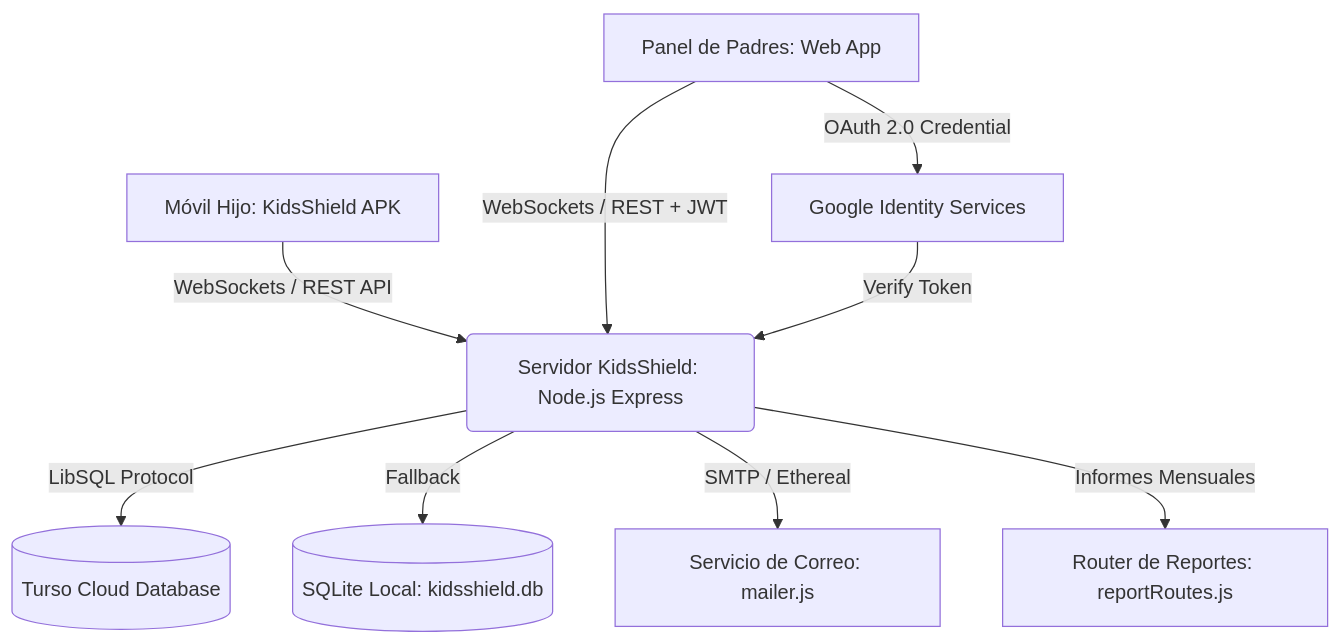
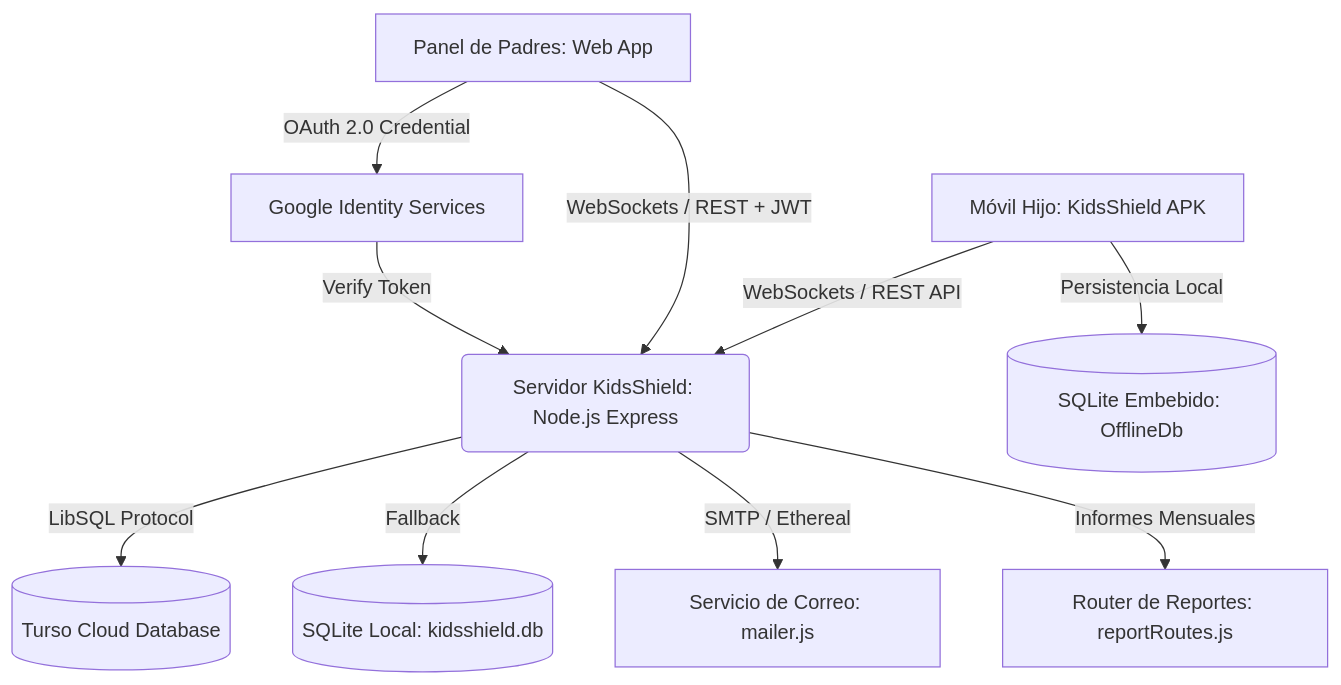
One commit to sebastianbriones-g/KidsShield changed the diagram in README.md. Above: the diagram before and after it, drawn with Mermaid. The commit also changed other lines of this file and 26 other files, not shown here.

Commit message:
feat(apk & web): rediseño de apk con asistente qr, dashboard del menor, cola offline sqlite, watchdog en reposo y actualización de documentación

````diff
--- a/README.md
+++ b/README.md
@@ -79,11 +72,12 @@
 ```mermaid
 graph TD
     A[Móvil Hijo: KidsShield APK] -->|WebSockets / REST API| B(Servidor KidsShield: Node.js Express)
+    A -->|Persistencia Local| AO[(SQLite Embebido: OfflineDb)]
     C[Panel de Padres: Web App] -->|WebSockets / REST + JWT| B
     B -->|LibSQL Protocol| D[(Turso Cloud Database)]
     B -->|Fallback| E[(SQLite Local: kidsshield.db)]
     C -->|OAuth 2.0 Credential| F[Google Identity Services]
     F -->|Verify Token| B
     B -->|SMTP / Ethereal| G[Servicio de Correo: mailer.js]
     B -->|Informes Mensuales| H[Router de Reportes: reportRoutes.js]
 ```
````
